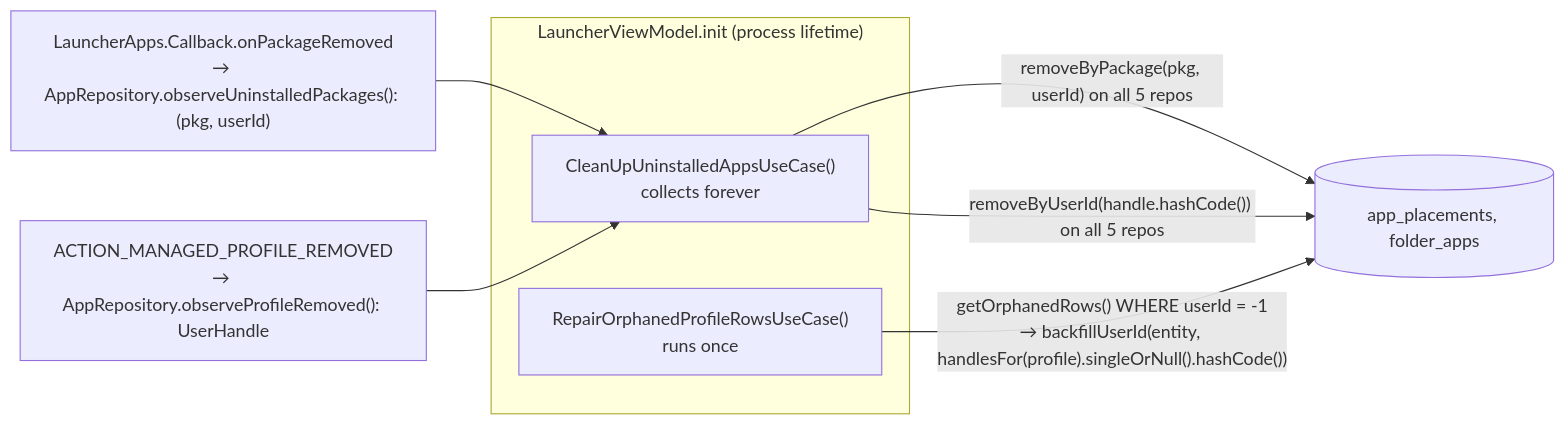
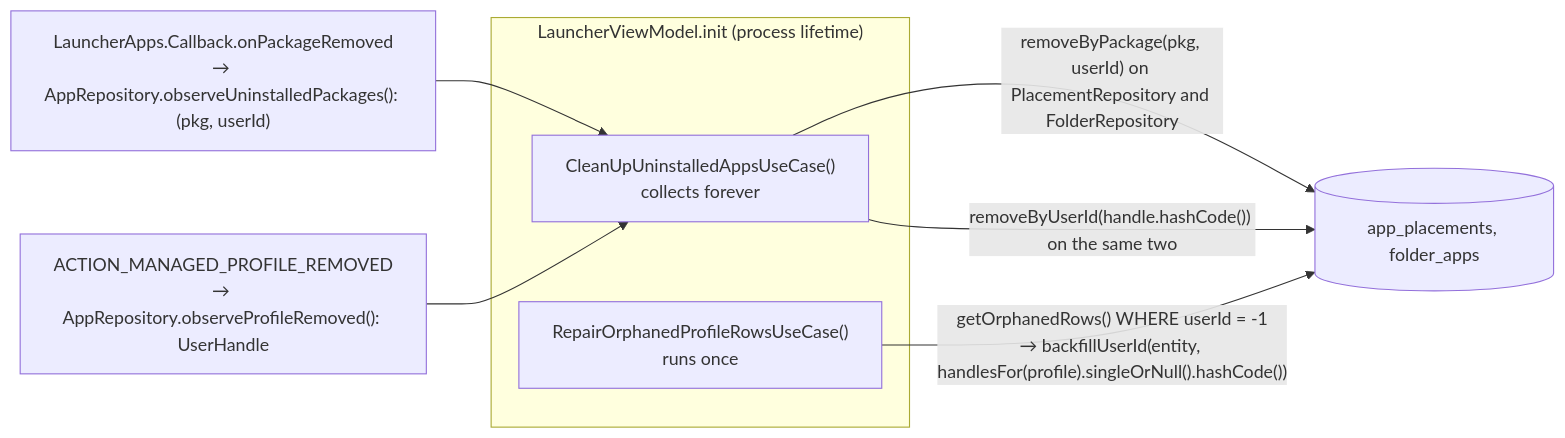
Before and after one commit to rohitganjam/facet-launcher: the third of 3 diagrams in docs/architecture/08-flow-placements.md, drawn with Mermaid. The commit also changed other lines of this file and 38 other files, not shown here.

````diff
--- a/docs/architecture/08-flow-placements.md
+++ b/docs/architecture/08-flow-placements.md
@@ -84,12 +84,12 @@
 ```mermaid
 flowchart LR
     subgraph LVM["LauncherViewModel.init (process lifetime)"]
         A["CleanUpUninstalledAppsUseCase()\ncollects forever"]
         B["RepairOrphanedProfileRowsUseCase()\nruns once"]
     end
     OS1["LauncherApps.Callback.onPackageRemoved\n→ AppRepository.observeUninstalledPackages(): (pkg, userId)"] --> A
     OS2["ACTION_MANAGED_PROFILE_REMOVED\n→ AppRepository.observeProfileRemoved(): UserHandle"] --> A
-    A -- "removeByPackage(pkg, userId) on all 5 repos" --> T1[(app_placements, folder_apps)]
-    A -- "removeByUserId(handle.hashCode()) on all 5 repos" --> T1
+    A -- "removeByPackage(pkg, userId) on PlacementRepository and FolderRepository" --> T1[(app_placements, folder_apps)]
+    A -- "removeByUserId(handle.hashCode()) on the same two" --> T1
     B -- "getOrphanedRows() WHERE userId = -1\n→ backfillUserId(entity, handlesFor(profile).singleOrNull().hashCode())" --> T1
 ```
````
